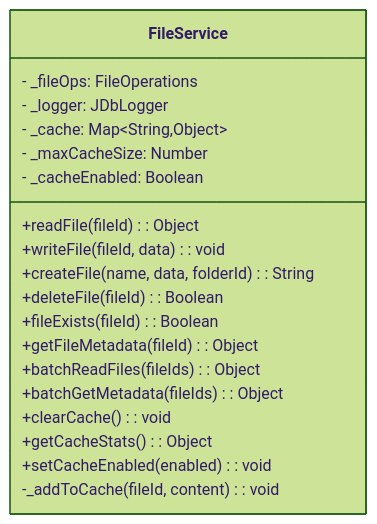
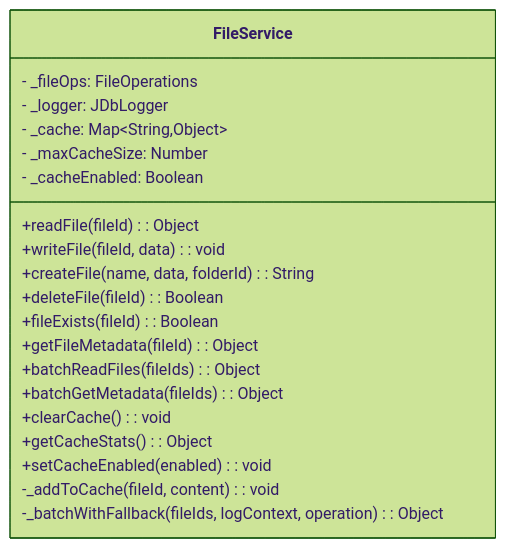
The seventh of 20 diagrams in docs/developers/Class_Diagrams.md (h-arnold/JsonDbApp), drawn with Mermaid (forest theme) before and after one commit. The commit also changed 2 other files, not shown here.

First paragraph of the commit message:
refactor(FileService): extract _batchWithFallback to remove batch-method duplication (#64)
* refactor(FileService): extract _batchWithFallback to remove batch-method duplication

````diff
--- a/docs/developers/Class_Diagrams.md
+++ b/docs/developers/Class_Diagrams.md
@@ -246,22 +246,23 @@
 ```mermaid
 classDiagram
     class FileService {
         - _fileOps: FileOperations
         - _logger: JDbLogger
         - _cache: Map~String,Object~
         - _maxCacheSize: Number
         - _cacheEnabled: Boolean
         +readFile(fileId): Object
         +writeFile(fileId, data): void
         +createFile(name, data, folderId): String
         +deleteFile(fileId): Boolean
         +fileExists(fileId): Boolean
         +getFileMetadata(fileId): Object
         +batchReadFiles(fileIds): Object
         +batchGetMetadata(fileIds): Object
         +clearCache(): void
         +getCacheStats(): Object
         +setCacheEnabled(enabled): void
         -_addToCache(fileId, content): void
+        -_batchWithFallback(fileIds, logContext, operation): Object
     }
 ```
````
